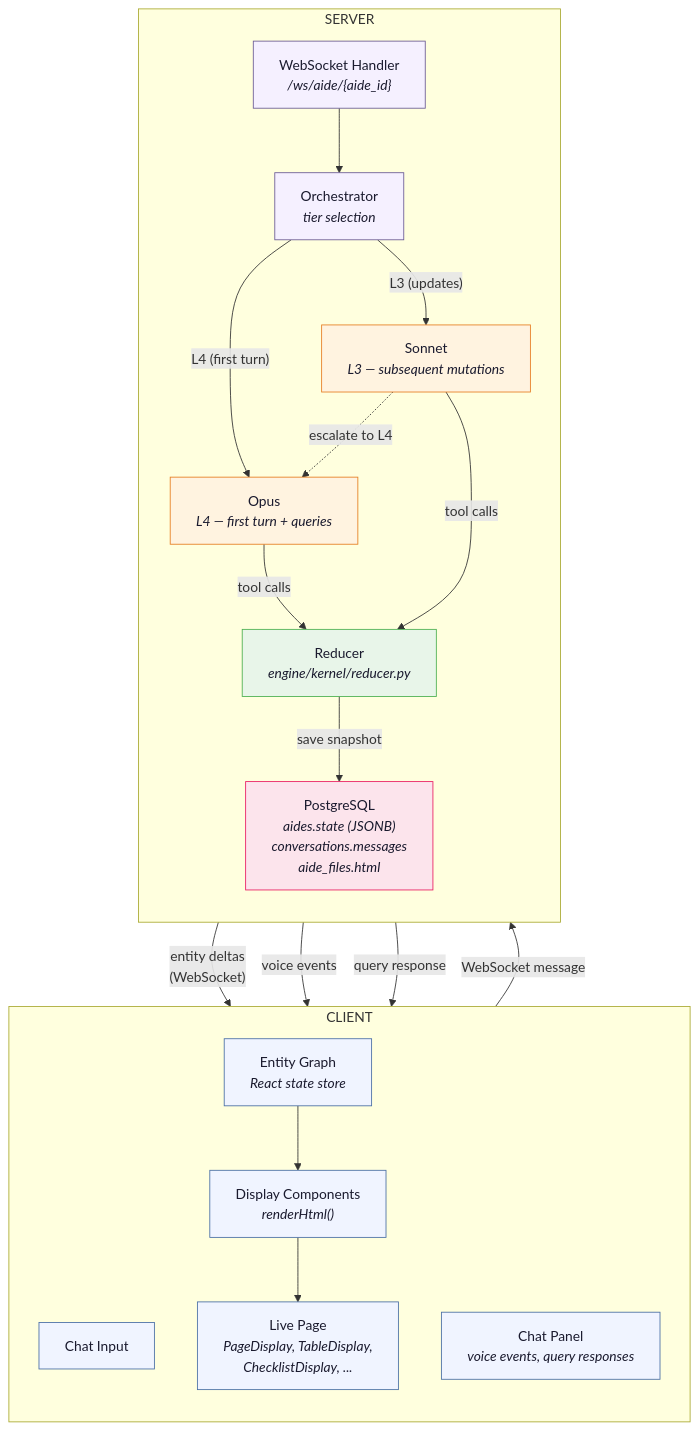
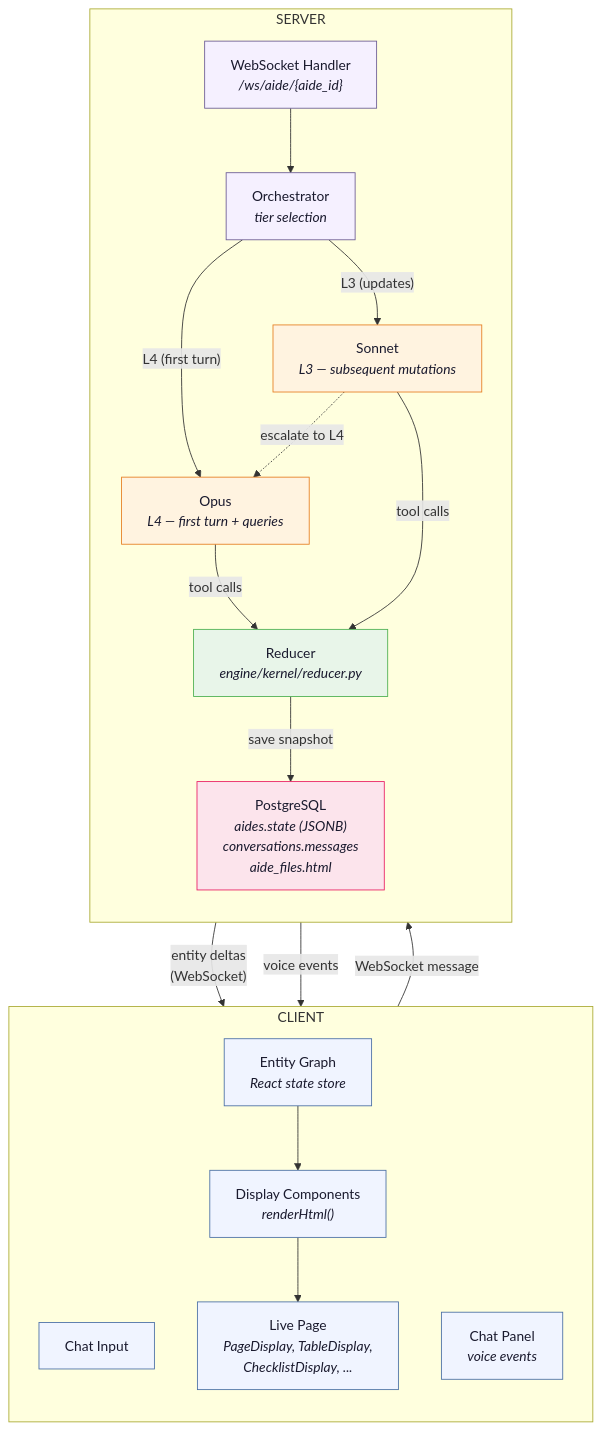
One commit to zcancio/aide changed the diagram in docs/eng_design/aide_v2_architecture.mermaid. Above: the diagram before and after it, drawn with Mermaid. The commit also changed 5 other files, not shown here.

First line of the commit message:
docs: all responses flow through reducer via voice tool call

```diff
--- a/docs/eng_design/aide_v2_architecture.mermaid
+++ b/docs/eng_design/aide_v2_architecture.mermaid
@@ -1,51 +1,50 @@
 graph TD
     subgraph CLIENT["CLIENT"]
         direction TB
         INPUT["Chat Input"]
-        CHAT["Chat Panel<br/><i>voice events, query responses</i>"]
+        CHAT["Chat Panel<br/><i>voice events</i>"]
         GRAPH["Entity Graph<br/><i>React state store</i>"]
         RENDERER["Display Components<br/><i>renderHtml()</i>"]
         PAGE["Live Page<br/><i>PageDisplay, TableDisplay,<br/>ChecklistDisplay, ...</i>"]
 
         GRAPH --> RENDERER
         RENDERER --> PAGE
     end
 
     subgraph SERVER["SERVER"]
         direction TB
         WS["WebSocket Handler<br/><i>/ws/aide/{aide_id}</i>"]
         ORCH["Orchestrator<br/><i>tier selection</i>"]
 
         OPUS["Opus<br/><i>L4 — first turn + queries</i>"]
         SONNET["Sonnet<br/><i>L3 — subsequent mutations</i>"]
 
         REDUCER["Reducer<br/><i>engine/kernel/reducer.py</i>"]
         DB["PostgreSQL<br/><i>aides.state (JSONB)<br/>conversations.messages<br/>aide_files.html</i>"]
 
         WS --> ORCH
         ORCH -->|"L4 (first turn)"| OPUS
         ORCH -->|"L3 (updates)"| SONNET
 
         OPUS -->|"tool calls"| REDUCER
         SONNET -->|"tool calls"| REDUCER
         SONNET -.->|"escalate to L4"| OPUS
 
         REDUCER -->|"save snapshot"| DB
     end
 
     INPUT -->|"WebSocket message"| WS
     REDUCER -->|"entity deltas<br/>(WebSocket)"| GRAPH
     REDUCER -->|"voice events"| CHAT
-    OPUS -->|"query response"| CHAT
 
     classDef client fill:#f0f4ff,stroke:#4a6fa5,color:#1a1a2e
     classDef server fill:#f5f0ff,stroke:#6b5b95,color:#1a1a2e
     classDef llm fill:#fff3e0,stroke:#e67e22,color:#1a1a2e
     classDef pipeline fill:#e8f5e9,stroke:#4caf50,color:#1a1a2e
     classDef storage fill:#fce4ec,stroke:#e91e63,color:#1a1a2e
 
     class INPUT,CHAT,GRAPH,RENDERER,PAGE client
     class WS,ORCH server
     class SONNET,OPUS llm
     class REDUCER pipeline
     class DB storage
```
